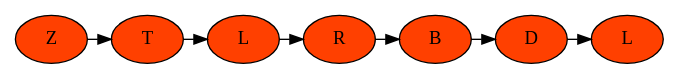
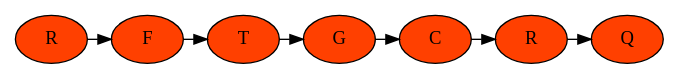
Before and after one commit to Toto95/Practica1s12017_201408515: the diagram in practica1Scrabble/fichas.dot, drawn with Graphviz. The commit also changed 43 other files, not shown here.

```diff
--- a/practica1Scrabble/fichas.dot
+++ b/practica1Scrabble/fichas.dot
@@ -1,21 +1,21 @@
 digraph B{
-nodo36358815 -> nodo1861717300
-{rank = same; nodo36358815 nodo1861717300}
-nodo36358815[label="Z",style=filled, fillcolor="#FF4000"]
-nodo1861717300 -> nodo1814539916
-{rank = same; nodo1861717300 nodo1814539916}
-nodo1861717300[label="T",style=filled, fillcolor="#FF4000"]
-nodo1814539916 -> nodo1113251331
-{rank = same; nodo1814539916 nodo1113251331}
-nodo1814539916[label="L",style=filled, fillcolor="#FF4000"]
-nodo1113251331 -> nodo376474341
-{rank = same; nodo1113251331 nodo376474341}
-nodo1113251331[label="R",style=filled, fillcolor="#FF4000"]
-nodo376474341 -> nodo1153182514
-{rank = same; nodo376474341 nodo1153182514}
-nodo376474341[label="B",style=filled, fillcolor="#FF4000"]
-nodo1153182514 -> nodo364818151
-{rank = same; nodo1153182514 nodo364818151}
-nodo1153182514[label="D",style=filled, fillcolor="#FF4000"]
-nodo364818151[label="L",style=filled, fillcolor="#FF4000"]
+nodo446371652 -> nodo341633639
+{rank = same; nodo446371652 nodo341633639}
+nodo446371652[label="R",style=filled, fillcolor="#FF4000"]
+nodo341633639 -> nodo274955316
+{rank = same; nodo341633639 nodo274955316}
+nodo341633639[label="F",style=filled, fillcolor="#FF4000"]
+nodo274955316 -> nodo1432477788
+{rank = same; nodo274955316 nodo1432477788}
+nodo274955316[label="T",style=filled, fillcolor="#FF4000"]
+nodo1432477788 -> nodo394456195
+{rank = same; nodo1432477788 nodo394456195}
+nodo1432477788[label="G",style=filled, fillcolor="#FF4000"]
+nodo394456195 -> nodo1694380998
+{rank = same; nodo394456195 nodo1694380998}
+nodo394456195[label="C",style=filled, fillcolor="#FF4000"]
+nodo1694380998 -> nodo1878483377
+{rank = same; nodo1694380998 nodo1878483377}
+nodo1694380998[label="R",style=filled, fillcolor="#FF4000"]
+nodo1878483377[label="Q",style=filled, fillcolor="#FF4000"]
 }
```
